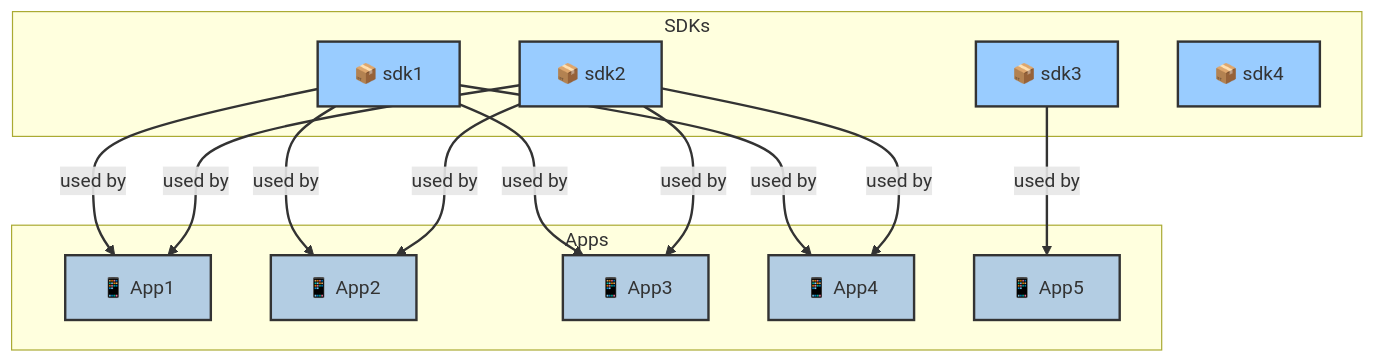
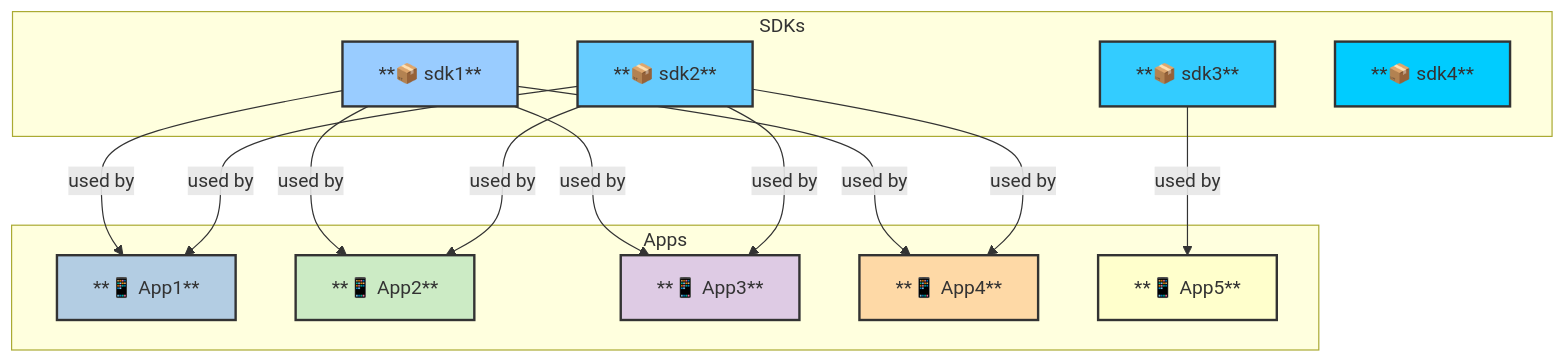
The second of 3 diagrams in testdependency.md (tavisca-gkochar/gkochar-tavisca.com), drawn with Mermaid before and after one commit. The commit also changed other lines of this file, not shown here.

````diff
--- a/testdependency.md
+++ b/testdependency.md
@@ -50,36 +56,41 @@
 ```mermaid
 graph TD;
     %% Define subgraph SDKs
     subgraph SDKs
-        L1[📦 sdk1]
-        L2[📦 sdk2]
-        L3[📦 sdk3]
-        L4[📦 sdk4]
+        L1[**📦 sdk1**]
+        L2[**📦 sdk2**]
+        L3[**📦 sdk3**]
+        L4[**📦 sdk4**]
     end
 
     subgraph Apps
-        A1[📱 App1]
-        A2[📱 App2]
-        A3[📱 App3]
-        A4[📱 App4]
-        A5[📱 App5]
+        A1[**📱 App1**]
+        A2[**📱 App2**]
+        A3[**📱 App3**]
+        A4[**📱 App4**]
+        A5[**📱 App5**]
     end
 
     %% Define relationships
     L1 -->|used by| A1;
     L1 -->|used by| A2;
     L1 -->|used by| A3;
     L1 -->|used by| A4;
     L2 -->|used by| A1;
     L2 -->|used by| A2;
     L2 -->|used by| A3;
     L2 -->|used by| A4;
     L3 -->|used by| A5;
 
-    %% Styling nodes and edges
-    classDef sdk fill:#9cf,stroke:#333,stroke-width:2px;
-    classDef app fill:#b3cde3,stroke:#333,stroke-width:2px;
-    class L1,L2,L3,L4 sdk;
-    class A1,A2,A3,A4,A5 app;
-    linkStyle default stroke:#333,stroke-width:2px;
+    %% Adding styles and theming
+    style L1 fill:#9cf,stroke:#333,stroke-width:2px;
+    style L2 fill:#6cf,stroke:#333,stroke-width:2px;
+    style L3 fill:#3cf,stroke:#333,stroke-width:2px;
+    style L4 fill:#0cf,stroke:#333,stroke-width:2px;
+
+    style A1 fill:#b3cde3,stroke:#333,stroke-width:2px;
+    style A2 fill:#ccebc5,stroke:#333,stroke-width:2px;
+    style A3 fill:#decbe4,stroke:#333,stroke-width:2px;
+    style A4 fill:#fed9a6,stroke:#333,stroke-width:2px;
+    style A5 fill:#ffffcc,stroke:#333,stroke-width:2px;
 ```
````
